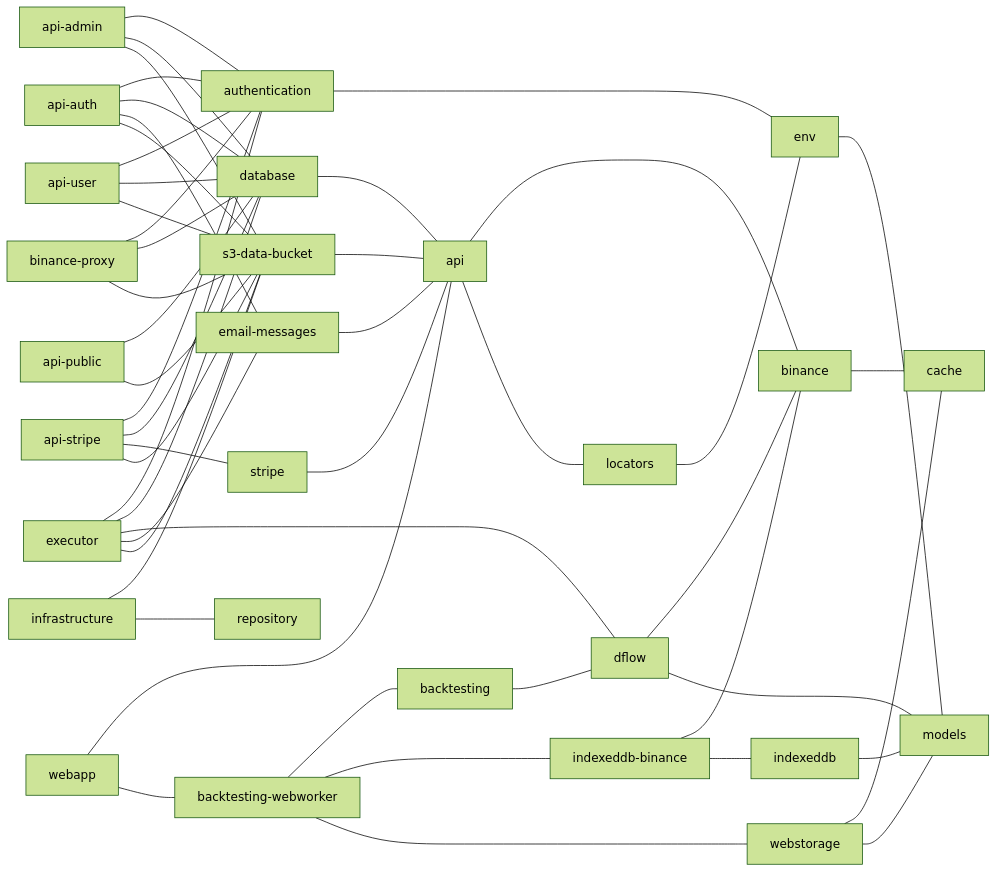
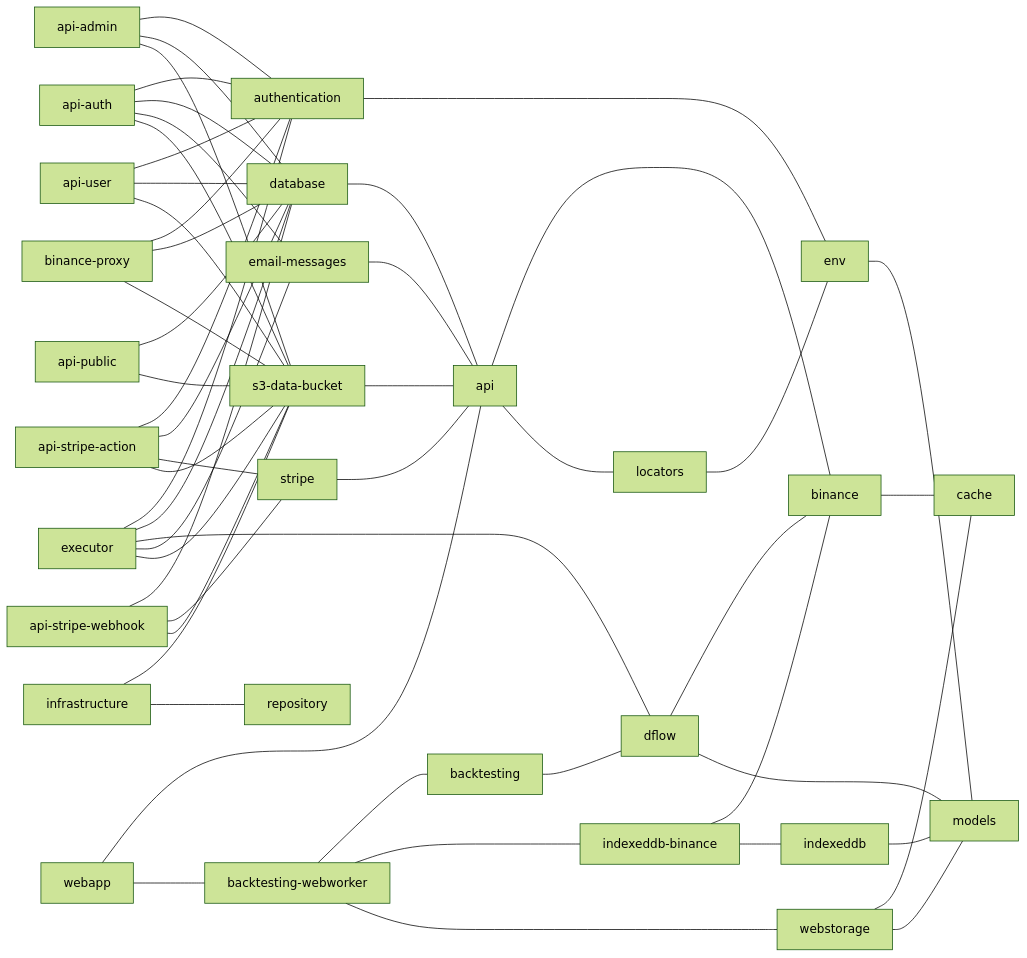
One commit to ggbot-org/ggbot changed the diagram in repository/docs/npm-dependencies.md. Above: the diagram before and after it, drawn with Mermaid (forest theme). The commit also changed 28 other files, not shown here.

````diff
--- a/repository/docs/npm-dependencies.md
+++ b/repository/docs/npm-dependencies.md
@@ -6,52 +6,55 @@
 ```mermaid
 graph LR
     api --- binance
     api --- locators
     api-admin --- authentication
     api-admin --- database
     api-admin --- s3-data-bucket
     api-auth --- authentication
     api-auth --- database
     api-auth --- email-messages
     api-auth --- s3-data-bucket
     api-public --- database
     api-public --- s3-data-bucket
-    api-stripe --- authentication
-    api-stripe --- database
-    api-stripe --- stripe
-    api-stripe --- s3-data-bucket
+    api-stripe-action --- authentication
+    api-stripe-action --- database
+    api-stripe-action --- stripe
+    api-stripe-action --- s3-data-bucket
+    api-stripe-webhook --- database
+    api-stripe-webhook --- stripe
+    api-stripe-webhook --- s3-data-bucket
     api-user --- authentication
     api-user --- database
     api-user --- s3-data-bucket
     authentication --- env
     backtesting --- dflow
     backtesting-webworker --- backtesting
     backtesting-webworker --- indexeddb-binance
     backtesting-webworker --- webstorage
     binance --- cache
     binance-proxy --- authentication
     binance-proxy --- database
     binance-proxy --- s3-data-bucket
     database --- api
     dflow --- binance
     dflow --- models
     email-messages --- api
     env --- models
     executor --- authentication
     executor --- database
     executor --- dflow
     executor --- email-messages
     executor --- s3-data-bucket
     indexeddb --- models
     indexeddb-binance --- binance
     indexeddb-binance --- indexeddb
     infrastructure --- s3-data-bucket
     infrastructure --- repository
     locators --- env
     s3-data-bucket --- api
     stripe --- api
     webapp --- api
     webapp --- backtesting-webworker
     webstorage --- cache
     webstorage --- models
 ```
````
